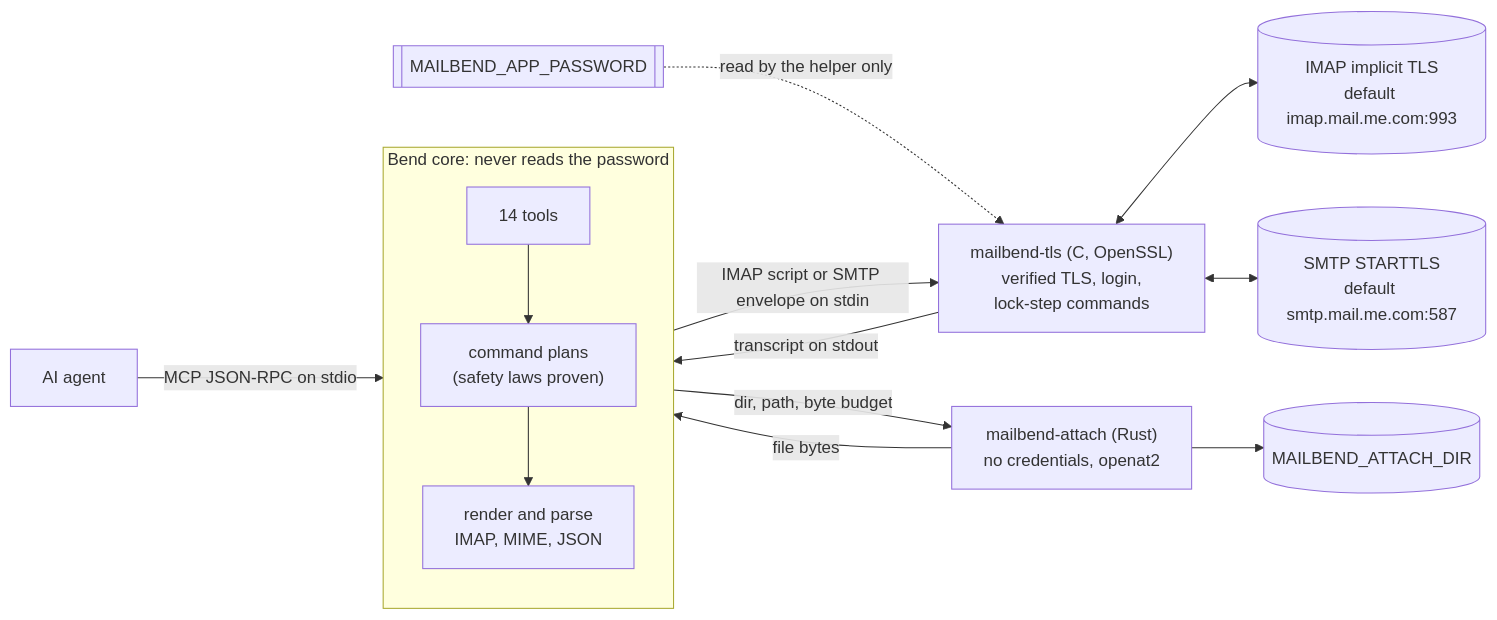
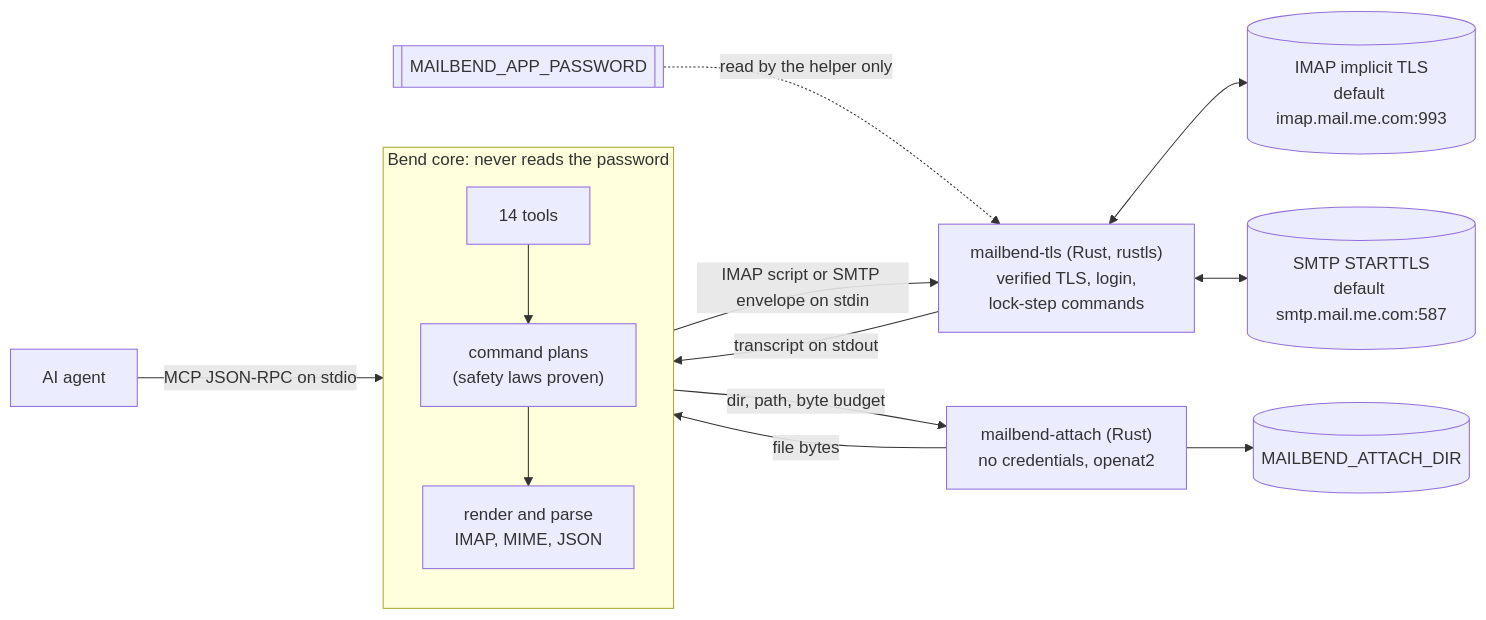
The diagram in README.md (albertc71/MailBend), drawn with Mermaid before and after one commit. The commit also changed other lines of this file and 63 other files, not shown here.

First line of the commit message:
feat(native): rewrite mailbend-tls in Rust

````diff
--- a/README.md
+++ b/README.md
@@ -227,17 +227,17 @@
 ```mermaid
 flowchart LR
   agent["AI agent"] -- "MCP JSON-RPC on stdio" --> core
   subgraph core["Bend core: never reads the password"]
     direction TB
     tools["14 tools"] --> plans["command plans<br/>(safety laws proven)"]
     plans --> parse["render and parse<br/>IMAP, MIME, JSON"]
   end
-  core -- "IMAP script or SMTP envelope on stdin" --> helper["mailbend-tls (C, OpenSSL)<br/>verified TLS, login,<br/>lock-step commands"]
+  core -- "IMAP script or SMTP envelope on stdin" --> helper["mailbend-tls (Rust, rustls)<br/>verified TLS, login,<br/>lock-step commands"]
   helper -- "transcript on stdout" --> core
   helper <--> imap[("IMAP implicit TLS<br/>default imap.mail.me.com:993")]
   helper <--> smtp[("SMTP STARTTLS<br/>default smtp.mail.me.com:587")]
   secrets[["MAILBEND_APP_PASSWORD"]] -. "read by the helper only" .-> helper
   core -- "dir, path, byte budget" --> reader["mailbend-attach (Rust)<br/>no credentials, openat2"]
   reader -- "file bytes" --> core
   reader --> files[("MAILBEND_ATTACH_DIR")]
 ```
````
